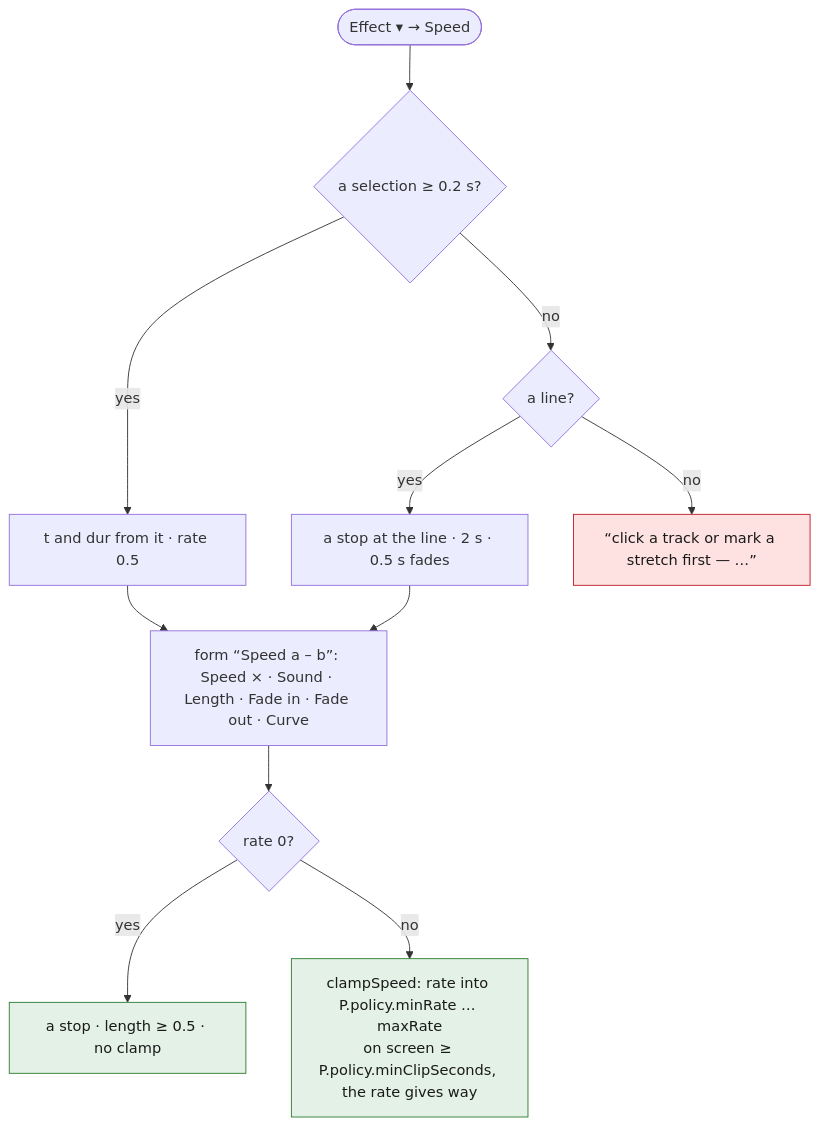
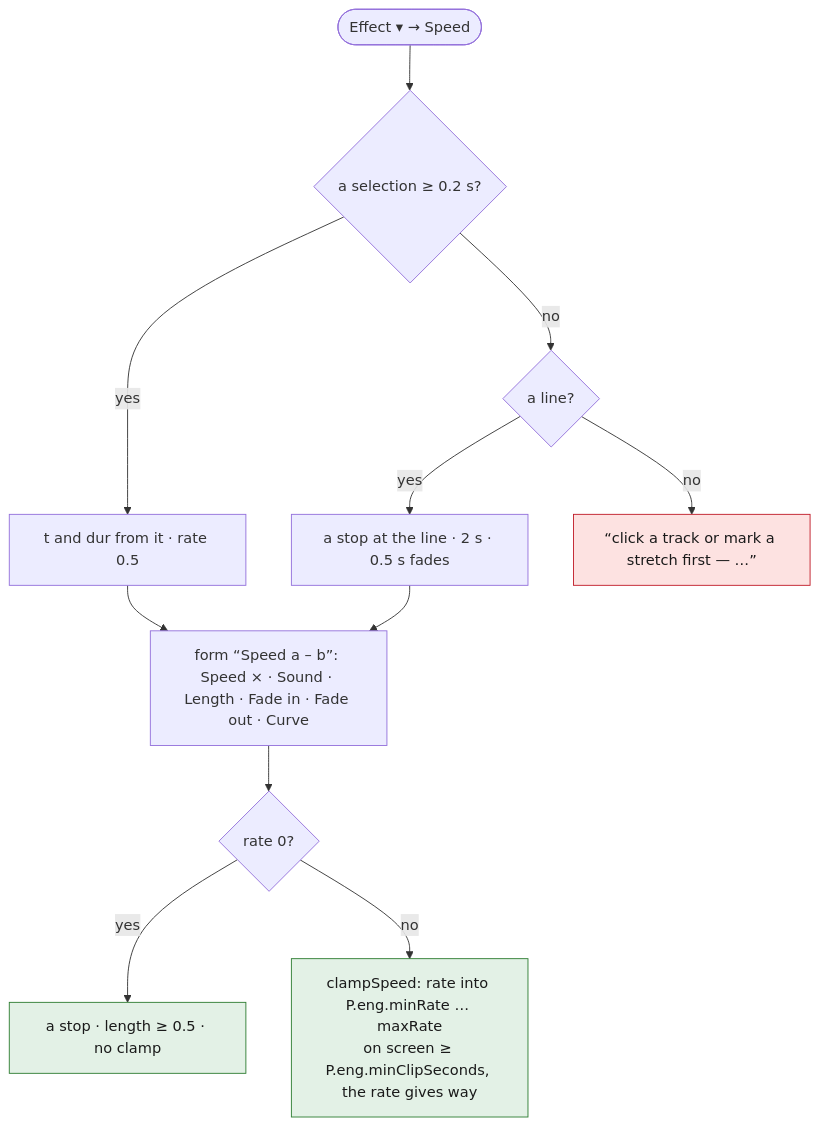
The third of 12 diagrams in spec/06-effects.md (tbocek/naivepost), drawn with Mermaid before and after one commit. The commit also changed other lines of this file and 16 other files, not shown here.

````diff
--- a/spec/06-effects.md
+++ b/spec/06-effects.md
@@ -103,16 +103,16 @@
 ```mermaid
 flowchart TD
   A(["Effect ▾ → Speed"]) --> S{"a selection ≥ 0.2 s?"}
   S -- yes --> SL["t and dur from it · rate 0.5"]
   S -- no --> L{"a line?"}
   L -- yes --> ST["a stop at the line · 2 s · 0.5 s fades"]
   L -- no --> R["“click a track or mark a stretch first — …”"]:::refuse
   SL --> F["form “Speed a – b”: Speed × · Sound · Length · Fade in · Fade out · Curve"]
   ST --> F
   F --> Z{"rate 0?"}
   Z -- yes --> STOP["a stop · length ≥ 0.5 · no clamp"]:::done
-  Z -- no --> CL["clampSpeed: rate into P.policy.minRate … maxRate<br/>on screen ≥ P.policy.minClipSeconds, the rate gives way"]:::done
+  Z -- no --> CL["clampSpeed: rate into P.eng.minRate … maxRate<br/>on screen ≥ P.eng.minClipSeconds, the rate gives way"]:::done
   classDef refuse fill:#fde2e1,stroke:#c01c28,color:#1a1a1a
   classDef done fill:#e3f1e6,stroke:#2e7d32,color:#1a1a1a
   classDef ask fill:#e8eefc,stroke:#3a63c8,color:#1a1a1a
 ```
````
